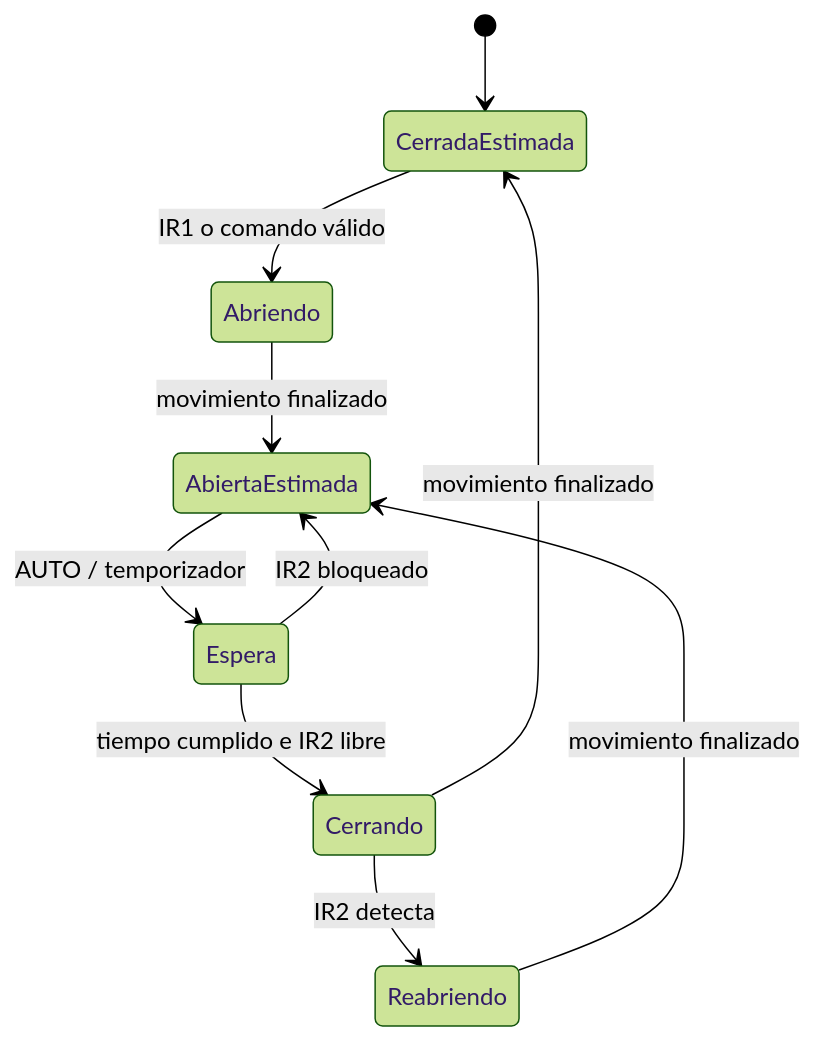
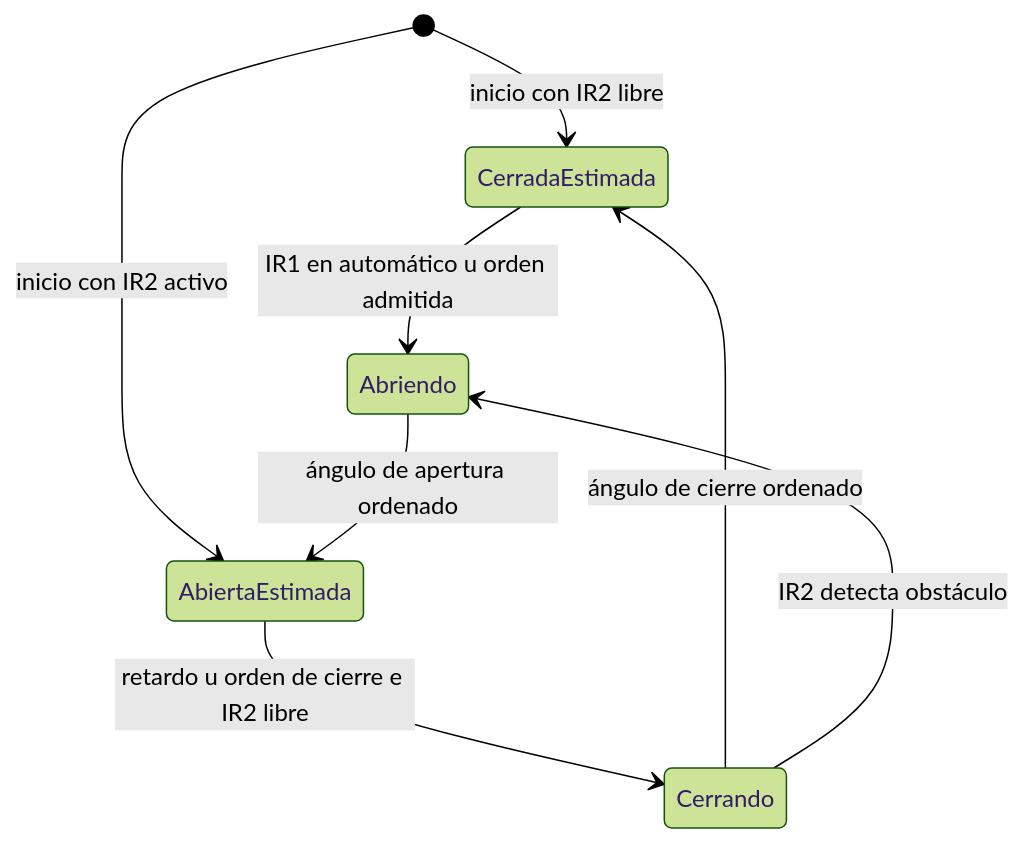
One commit to Lucas-RodriguezAncieta/Practica4_IoT_BasureroInteligente changed the fifth of 10 diagrams in Informe.md. Above: the diagram before and after it, drawn with Mermaid (forest theme). The commit also changed other lines of this file, not shown here.

````diff
--- a/Informe.md
+++ b/Informe.md
@@ -183,12 +196,10 @@
 ```mermaid
 stateDiagram-v2
-    [*] --> CerradaEstimada
-    CerradaEstimada --> Abriendo: IR1 o comando válido
-    Abriendo --> AbiertaEstimada: movimiento finalizado
-    AbiertaEstimada --> Espera: AUTO / temporizador
-    Espera --> Cerrando: tiempo cumplido e IR2 libre
-    Espera --> AbiertaEstimada: IR2 bloqueado
-    Cerrando --> CerradaEstimada: movimiento finalizado
-    Cerrando --> Reabriendo: IR2 detecta
-    Reabriendo --> AbiertaEstimada: movimiento finalizado
+    [*] --> CerradaEstimada: inicio con IR2 libre
+    [*] --> AbiertaEstimada: inicio con IR2 activo
+    CerradaEstimada --> Abriendo: IR1 en automático u orden admitida
+    Abriendo --> AbiertaEstimada: ángulo de apertura ordenado
+    AbiertaEstimada --> Cerrando: retardo u orden de cierre e IR2 libre
+    Cerrando --> CerradaEstimada: ángulo de cierre ordenado
+    Cerrando --> Abriendo: IR2 detecta obstáculo
 ```
````
